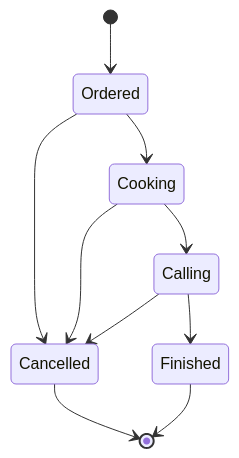
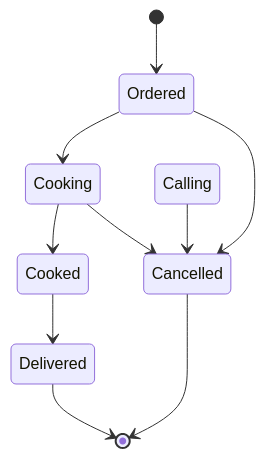
The diagram in docs/don-state.md (ARCircle/Kojirer), drawn with Mermaid before and after one commit.

Commit message:
最新のスキーマに合わせて修正

````diff
--- a/docs/don-state.md
+++ b/docs/don-state.md
@@ -3,12 +3,12 @@
 ```mermaid
 stateDiagram-v2
     [*] --> Ordered
     Ordered --> Cooking
-    Cooking --> Calling
-    Calling --> Finished
+    Cooking --> Cooked
+    Cooked --> Delivered
     Ordered --> Cancelled
     Cooking --> Cancelled
     Calling --> Cancelled
     Cancelled --> [*]
-    Finished --> [*]
+    Delivered --> [*]
 ```
````
